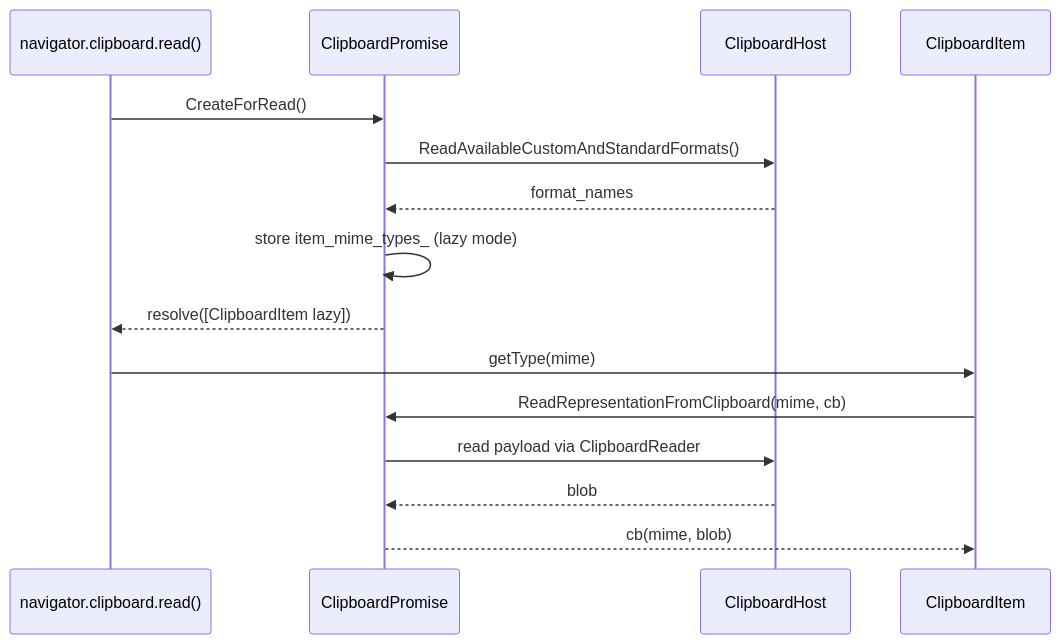
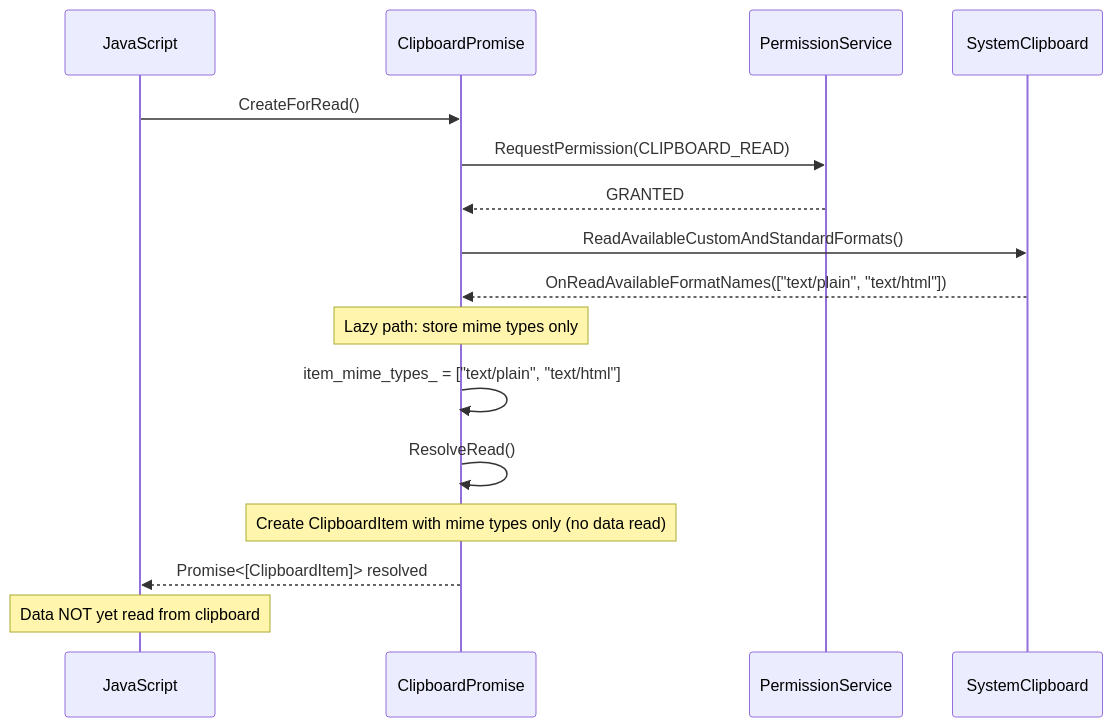
Before and after one commit to roraja/cr-llm-docs: the second of 4 diagrams in fixes/cl-6978530-20260221/lld.md, drawn with Mermaid. The commit also changed other lines of this file, not shown here.

````diff
--- a/fixes/cl-6978530-20260221/lld.md
+++ b/fixes/cl-6978530-20260221/lld.md
@@ -1032,17 +209,19 @@
 ```mermaid
 sequenceDiagram
-    participant JS as navigator.clipboard.read()
+    participant JS as JavaScript
     participant CP as ClipboardPromise
-    participant Host as ClipboardHost
-    participant Item as ClipboardItem
+    participant PS as PermissionService
+    participant SC as SystemClipboard
+
     JS->>CP: CreateForRead()
-    CP->>Host: ReadAvailableCustomAndStandardFormats()
-    Host-->>CP: format_names
-    CP->>CP: store item_mime_types_ (lazy mode)
-    CP-->>JS: resolve([ClipboardItem lazy])
-    JS->>Item: getType(mime)
-    Item->>CP: ReadRepresentationFromClipboard(mime, cb)
-    CP->>Host: read payload via ClipboardReader
-    Host-->>CP: blob
-    CP-->>Item: cb(mime, blob)
+    CP->>PS: RequestPermission(CLIPBOARD_READ)
+    PS-->>CP: GRANTED
+    CP->>SC: ReadAvailableCustomAndStandardFormats()
+    SC-->>CP: OnReadAvailableFormatNames(["text/plain", "text/html"])
+    Note over CP: Lazy path: store mime types only
+    CP->>CP: item_mime_types_ = ["text/plain", "text/html"]
+    CP->>CP: ResolveRead()
+    Note over CP: Create ClipboardItem with mime types only (no data read)
+    CP-->>JS: Promise<[ClipboardItem]> resolved
+    Note over JS: Data NOT yet read from clipboard
 ```
````
